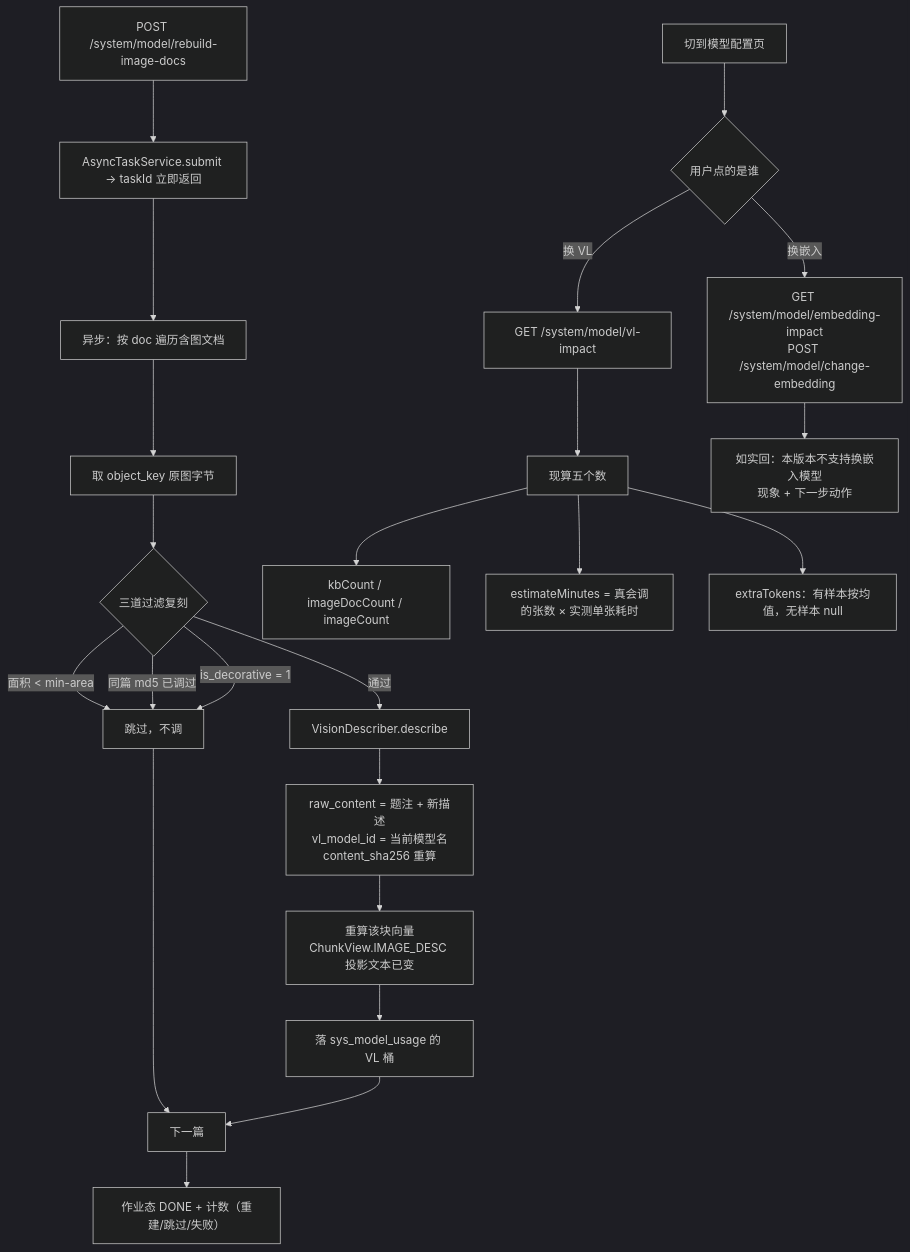
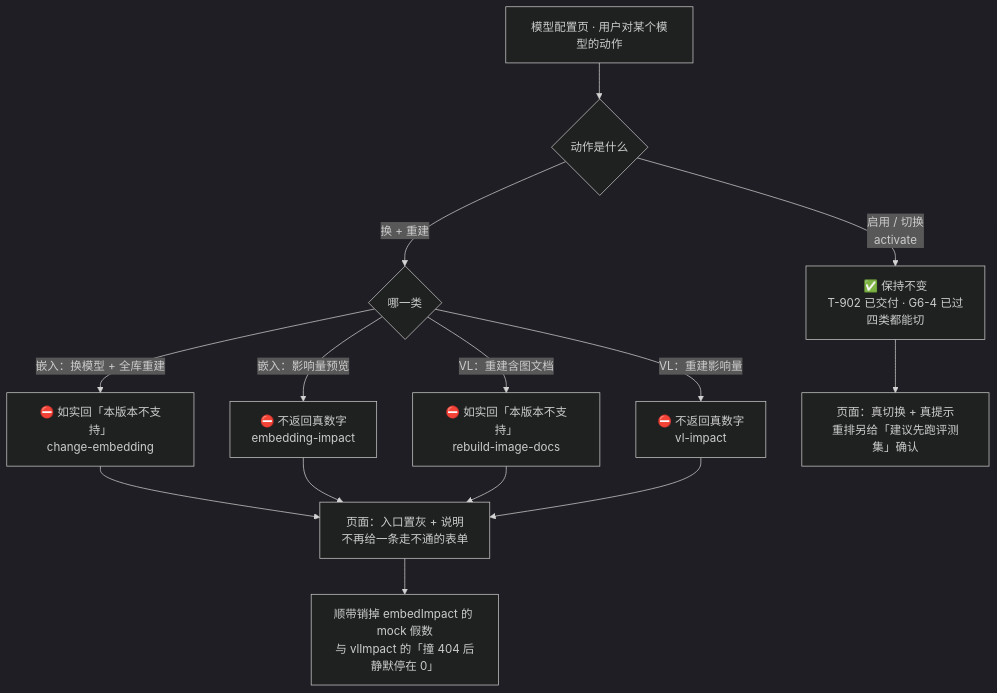
One commit to denggongshuo/ai-knowledge changed the diagram in ai_knowledge_web/plan/2026-09-19-S6-M09-C.md. Above: the diagram before and after it, drawn with Mermaid (dark theme). The commit also changed other lines of this file, not shown here.

````diff
--- a/ai_knowledge_web/plan/2026-09-19-S6-M09-C.md
+++ b/ai_knowledge_web/plan/2026-09-19-S6-M09-C.md
@@ -95,28 +100,19 @@
 ```mermaid
 flowchart TD
-  A["GET /system/model/vl-impact"] --> B["现算五个数"]
-  B --> B1["kbCount / imageDocCount / imageCount"]
-  B --> B2["estimateMinutes = 真会调的张数 × 实测单张耗时"]
-  B --> B3["extraTokens：有样本按均值，无样本 null"]
+  A["模型配置页 · 用户对某个模型的动作"] --> B{"动作是什么"}
+  B -->|"启用 / 切换<br/>activate"| C["✅ 保持不变<br/>T-902 已交付 · G6-4 已过<br/>四类都能切"]
+  B -->|"换 + 重建"| D{"哪一类"}
 
-  C["POST /system/model/rebuild-image-docs"] --> D["AsyncTaskService.submit → taskId 立即返回"]
-  D --> E["异步：按 doc 遍历含图文档"]
-  E --> F["取 object_key 原图字节"]
-  F --> G{"三道过滤复刻"}
-  G -->|"面积 < min-area"| H["跳过，不调"]
-  G -->|"同篇 md5 已调过"| H
-  G -->|"is_decorative = 1"| H
-  G -->|"通过"| I["VisionDescriber.describe"]
-  I --> J["raw_content = 题注 + 新描述<br/>vl_model_id = 当前模型名<br/>content_sha256 重算"]
-  J --> K["重算该块向量<br/>ChunkView.IMAGE_DESC 投影文本已变"]
-  K --> L["落 sys_model_usage 的 VL 桶"]
-  H --> M["下一篇"]
-  L --> M
-  M --> N["作业态 DONE + 计数（重建/跳过/失败）"]
+  D -->|"嵌入：换模型 + 全库重建"| E["⛔ 如实回「本版本不支持」<br/>change-embedding"]
+  D -->|"嵌入：影响量预览"| F["⛔ 不返回真数字<br/>embedding-impact"]
+  D -->|"VL：重建含图文档"| G["⛔ 如实回「本版本不支持」<br/>rebuild-image-docs"]
+  D -->|"VL：重建影响量"| H["⛔ 不返回真数字<br/>vl-impact"]
 
-  O["GET /system/model/embedding-impact<br/>POST /system/model/change-embedding"] --> P["如实回：本版本不支持换嵌入模型<br/>现象 + 下一步动作"]
+  C --> I["页面：真切换 + 真提示<br/>重排另给「建议先跑评测集」确认"]
+  E --> J["页面：入口置灰 + 说明<br/>不再给一条走不通的表单"]
+  F --> J
+  G --> J
+  H --> J
 
-  Q["切到模型配置页"] --> R{"用户点的是谁"}
-  R -->|"换 VL"| A
-  R -->|"换嵌入"| O
+  J --> K["顺带销掉 embedImpact 的 mock 假数<br/>与 vlImpact 的「撞 404 后静默停在 0」"]
 ```
````
